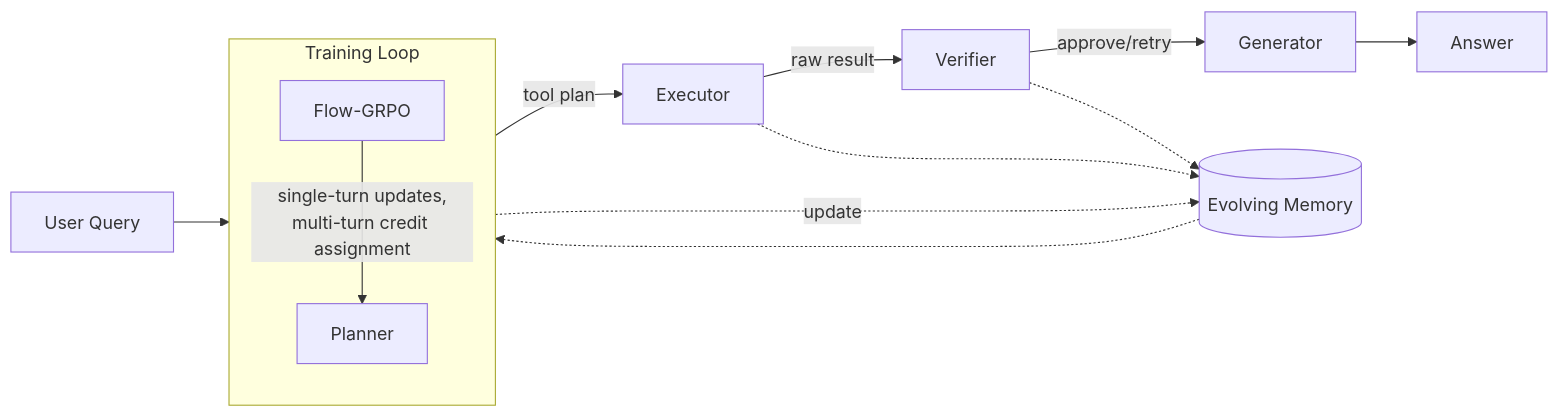
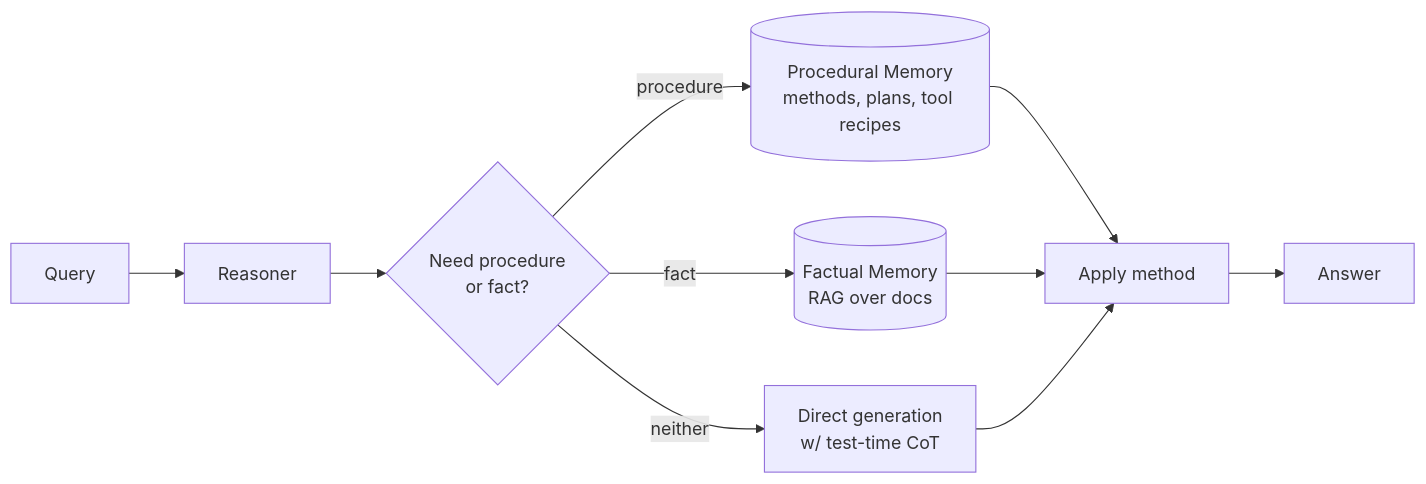
The fourth of 6 diagrams in 2026-Apr-30/2026-Apr-30_LLM_updates.md (voyarchie/llm-updates), drawn with Mermaid before and after one commit. The commit also changed other lines of this file and 1 other file, not shown here.

````diff
--- a/2026-Apr-30/2026-Apr-30_LLM_updates.md
+++ b/2026-Apr-30/2026-Apr-30_LLM_updates.md
@@ -188,17 +269,12 @@
 ```mermaid
 flowchart LR
-    Q[User Query] --> P[Planner]
-    P -->|tool plan| E[Executor]
-    E -->|raw result| V[Verifier]
-    V -->|approve/retry| G[Generator]
-    G --> A[Answer]
-    P -.->|update| M[(Evolving Memory)]
-    E -.-> M
-    V -.-> M
-    M -.-> P
-
-    subgraph Training Loop
-      direction TB
-      RL[Flow-GRPO] -- "single-turn updates,<br/>multi-turn credit assignment" --> P
-    end
+    Q[Query] --> R[Reasoner]
+    R --> P{Need procedure<br/>or fact?}
+    P -->|procedure| PM[(Procedural Memory<br/>methods, plans, tool recipes)]
+    P -->|fact| FM[(Factual Memory<br/>RAG over docs)]
+    P -->|neither| TT[Direct generation<br/>w/ test-time CoT]
+    PM --> R2[Apply method]
+    FM --> R2
+    TT --> R2
+    R2 --> Out[Answer]
 ```
````
